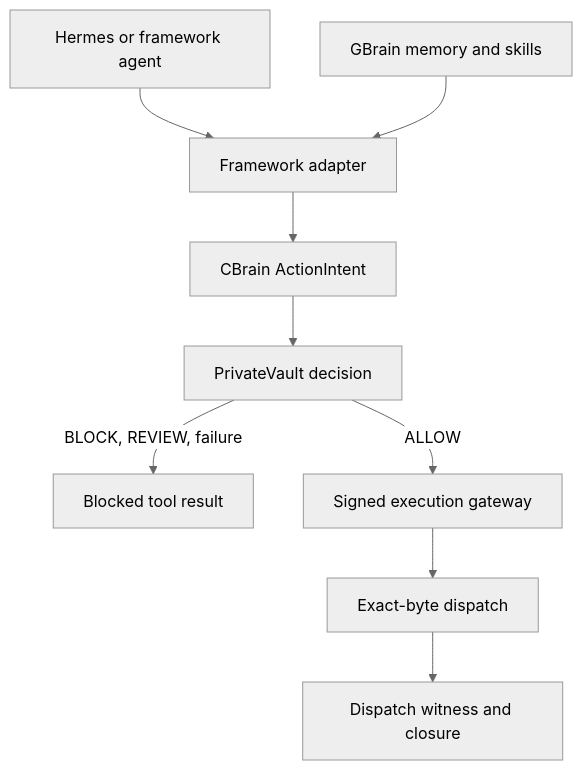
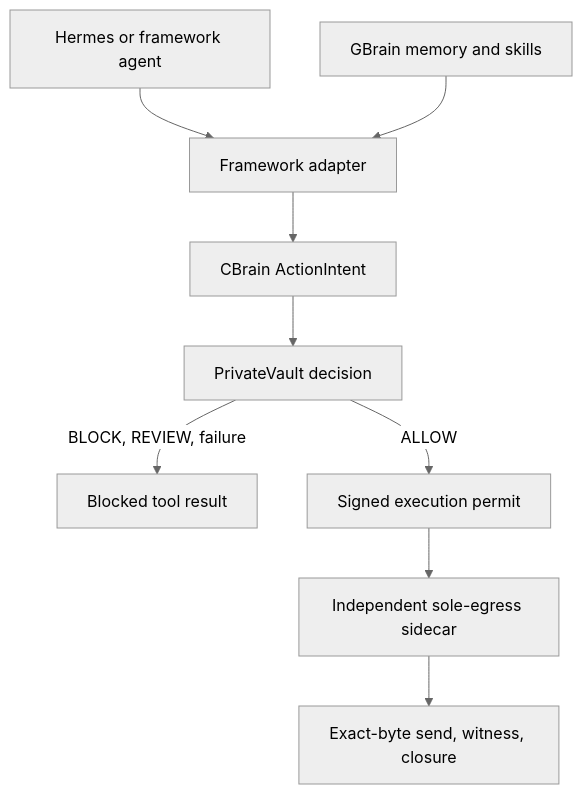
Before and after one commit to LOLA0786/cbrain: the diagram in README.md, drawn with Mermaid (neutral theme). The commit also changed other lines of this file and 9 other files, not shown here.

Commit message:
feat: add independent sole-egress dispatcher sidecar (#5)

````diff
--- a/README.md
+++ b/README.md
@@ -11,11 +15,11 @@
 ```mermaid
 flowchart TD
     A["Hermes or framework agent"] --> H["Framework adapter"]
     H --> C["CBrain ActionIntent"]
     C --> P["PrivateVault decision"]
     P -->|BLOCK, REVIEW, failure| B["Blocked tool result"]
-    P -->|ALLOW| E["Signed execution gateway"]
-    E --> D["Exact-byte dispatch"]
-    D --> W["Dispatch witness and closure"]
+    P -->|ALLOW| E["Signed execution permit"]
+    E --> D["Independent sole-egress sidecar"]
+    D --> W["Exact-byte send, witness, closure"]
     G["GBrain memory and skills"] --> H
 ```
````
